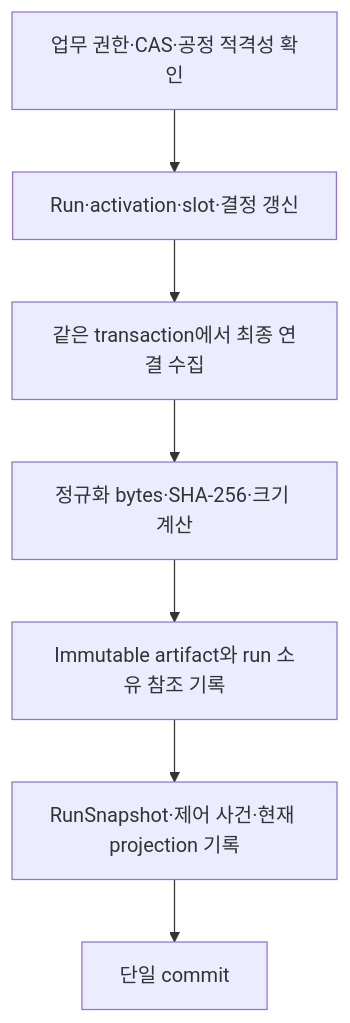
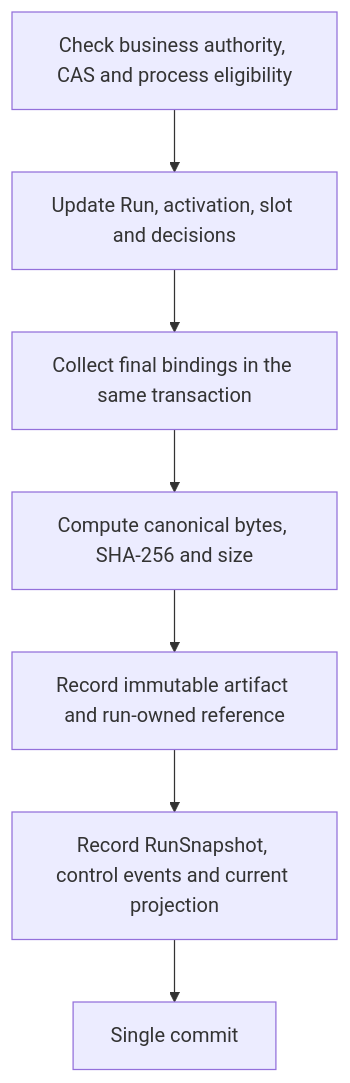
The diagram in crates/rx-application/CHECKPOINT_ARTIFACT.md (jack0682/rx-platform), drawn with Mermaid before and after one commit. The commit also changed other lines of this file and 103 other files, not shown here.

````diff
--- a/crates/rx-application/CHECKPOINT_ARTIFACT.md
+++ b/crates/rx-application/CHECKPOINT_ARTIFACT.md
@@ -36,9 +36,9 @@
 ```mermaid
 flowchart TD
-  A[업무 권한·CAS·공정 적격성 확인] --> B[Run·activation·slot·결정 갱신]
-  B --> C[같은 transaction에서 최종 연결 수집]
-  C --> D[정규화 bytes·SHA-256·크기 계산]
-  D --> E[Immutable artifact와 run 소유 참조 기록]
-  E --> F[RunSnapshot·제어 사건·현재 projection 기록]
-  F --> G[단일 commit]
+  A[Check business authority, CAS and process eligibility] --> B[Update Run, activation, slot and decisions]
+  B --> C[Collect final bindings in the same transaction]
+  C --> D[Compute canonical bytes, SHA-256 and size]
+  D --> E[Record immutable artifact and run-owned reference]
+  E --> F[Record RunSnapshot, control events and current projection]
+  F --> G[Single commit]
 ```
````
